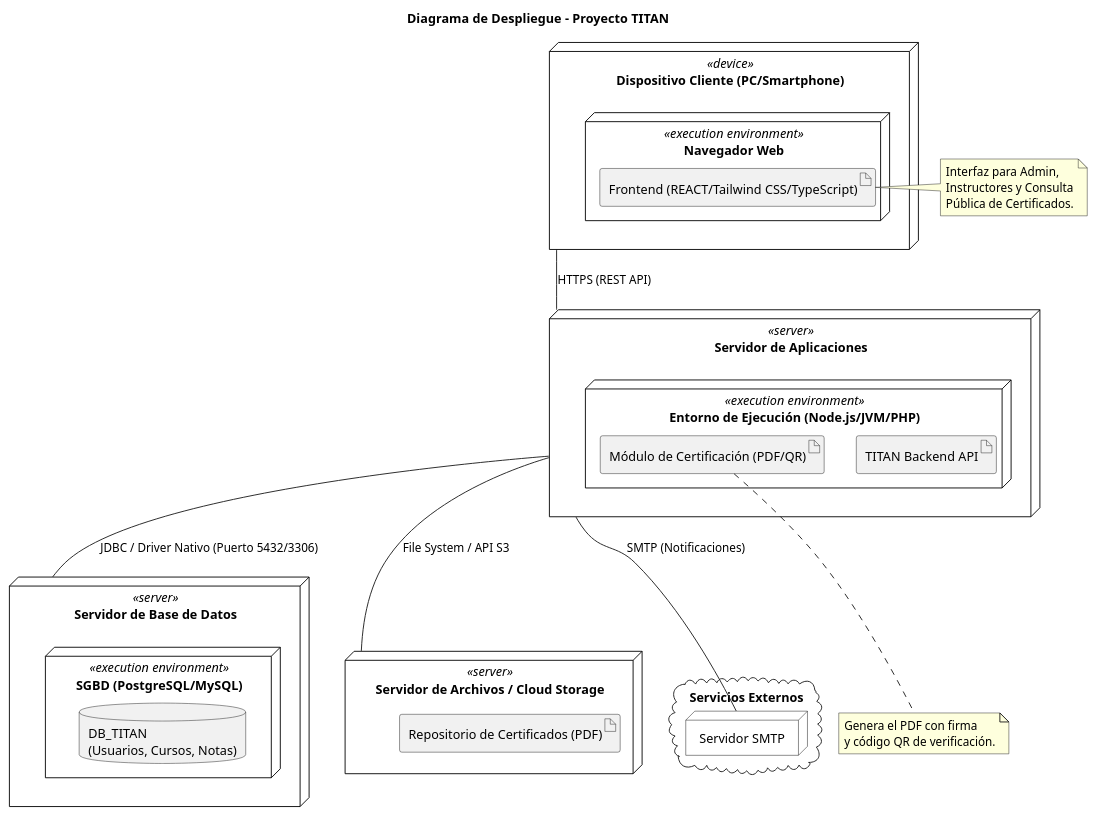
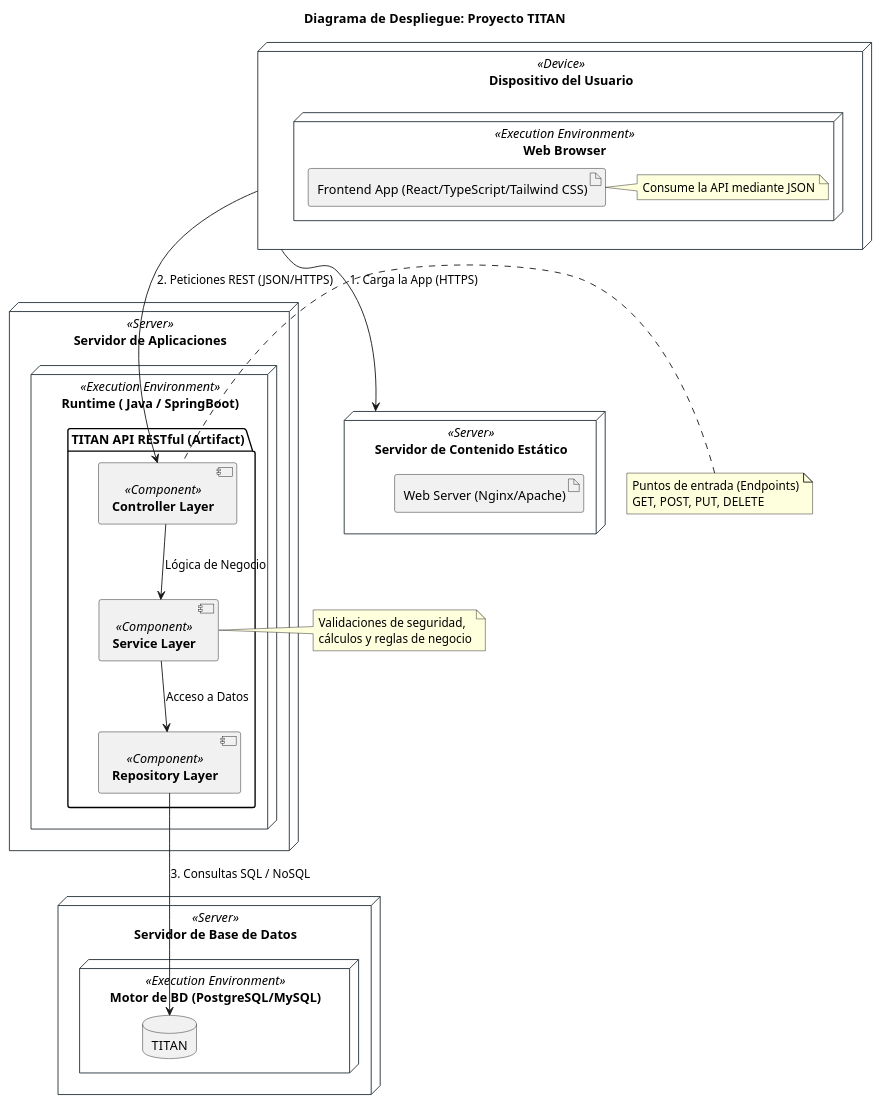
Before and after one commit to Johan-Millan/Proyecto-TITAN: the diagram in FASE 2/4. DESPLIEGUE/despliegue.puml, drawn with PlantUML.

Commit message:
Refactor deployment diagram for Project TITAN

```diff
--- a/FASE 2/4. DESPLIEGUE/despliegue.puml
+++ b/FASE 2/4. DESPLIEGUE/despliegue.puml
@@ -1,56 +1,61 @@
 @startuml
-title Diagrama de Despliegue - Proyecto TITAN
+title Diagrama de Despliegue:  Proyecto TITAN
 
 skinparam componentStyle uml2
 skinparam node {
     BackgroundColor White
-    BorderColor Black
+    BorderColor #263238
 }
 
-' Definición de los nodos de hardware y software
-
-node "Dispositivo Cliente (PC/Smartphone)" <<device>> as Client {
-    node "Navegador Web" <<execution environment>> {
-        artifact "Frontend (REACT/Tailwind CSS/TypeScript)" as UI
+' --- LADO DEL CLIENTE ---
+node "Dispositivo del Usuario" <<Device>> as Client {
+    node "Web Browser" <<Execution Environment>> {
+        artifact "Frontend App (React/TypeScript/Tailwind CSS)" as Frontend
+        note right: Consume la API mediante JSON
     }
 }
 
-node "Servidor de Aplicaciones" <<server>> as AppServer {
-    node "Entorno de Ejecución (Node.js/JVM/PHP)" <<execution environment>> as Runtime {
-        artifact "TITAN Backend API" as API
-        artifact "Módulo de Certificación (PDF/QR)" as CertModule
+' --- SERVIDOR WEB (Hosting del Frontend) ---
+node "Servidor de Contenido Estático" <<Server>> as WebServer {
+    artifact "Web Server (Nginx/Apache)" as StaticFiles
+}
+
+' --- SERVIDOR DE APLICACIONES (API RESTful) ---
+node "Servidor de Aplicaciones" <<Server>> as AppServer {
+    node "Runtime ( Java / SpringBoot)" <<Execution Environment>> as Runtime {
+        
+        package "TITAN API RESTful (Artifact)" {
+            component [**Controller Layer**] as Controller <<Component>>
+            component [**Service Layer**] as Service <<Component>>
+            component [**Repository Layer**] as Repository <<Component>>
+            
+            Controller -down-> Service : "Lógica de Negocio"
+            Service -down-> Repository : "Acceso a Datos"
+        }
     }
 }
 
-node "Servidor de Base de Datos" <<server>> as DBServer {
-    node "SGBD (PostgreSQL/MySQL)" <<execution environment>> as DBMS {
-        database "DB_TITAN\n(Usuarios, Cursos, Notas)" as DB
+' --- SERVIDOR DE BASE DE DATOS ---
+node "Servidor de Base de Datos" <<Server>> as DBServer {
+    node "Motor de BD (PostgreSQL/MySQL)" <<Execution Environment>> as DBMS {
+        database "TITAN" as DB
     }
 }
 
-node "Servidor de Archivos / Cloud Storage" <<server>> as FileServer {
-    artifact "Repositorio de Certificados (PDF)" as PDFDocs
-}
+' --- RELACIONES ---
+Client -down-> WebServer : "1. Carga la App (HTTPS)"
+Client -down-> Controller : "2. Peticiones REST (JSON/HTTPS)"
+Repository -down-> DB : "3. Consultas SQL / NoSQL"
 
-cloud "Servicios Externos" {
-    node "Servidor SMTP" as EmailService
-}
-
-' Relaciones y protocolos
-Client -- AppServer : "HTTPS (REST API)"
-AppServer -- DBServer : "JDBC / Driver Nativo (Puerto 5432/3306)"
-AppServer -- FileServer : "File System / API S3"
-AppServer -- EmailService : "SMTP (Notificaciones)"
-
-note right of UI
-  Interfaz para Admin,
-  Instructores y Consulta
-  Pública de Certificados.
+' Notas adicionales
+note left of Controller
+  Puntos de entrada (Endpoints)
+  GET, POST, PUT, DELETE
 end note
 
-note bottom of CertModule
-  Genera el PDF con firma
-  y código QR de verificación.
+note left of Service
+  Validaciones de seguridad,
+  cálculos y reglas de negocio
 end note
 
 @enduml
```
